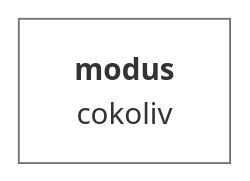
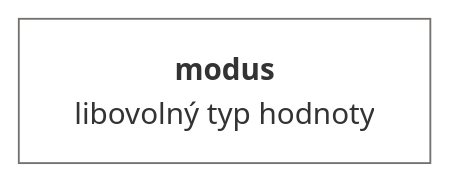
The third of 38 diagrams in docs/cs-CZ.md (muzikp/retusa), drawn with Mermaid before and after one commit. The commit also changed other lines of this file and 8 other files, not shown here.

````diff
--- a/docs/cs-CZ.md
+++ b/docs/cs-CZ.md
@@ -93,7 +93,7 @@
 ```mermaid
 graph TD
-mode[<b>modus<br></b>cokoliv]
+mode[<b>modus<br></b>libovolný typ hodnoty]
 style mode fill:#FFFFFF;
 style mode stroke:#75716F;
 
 ```
````
